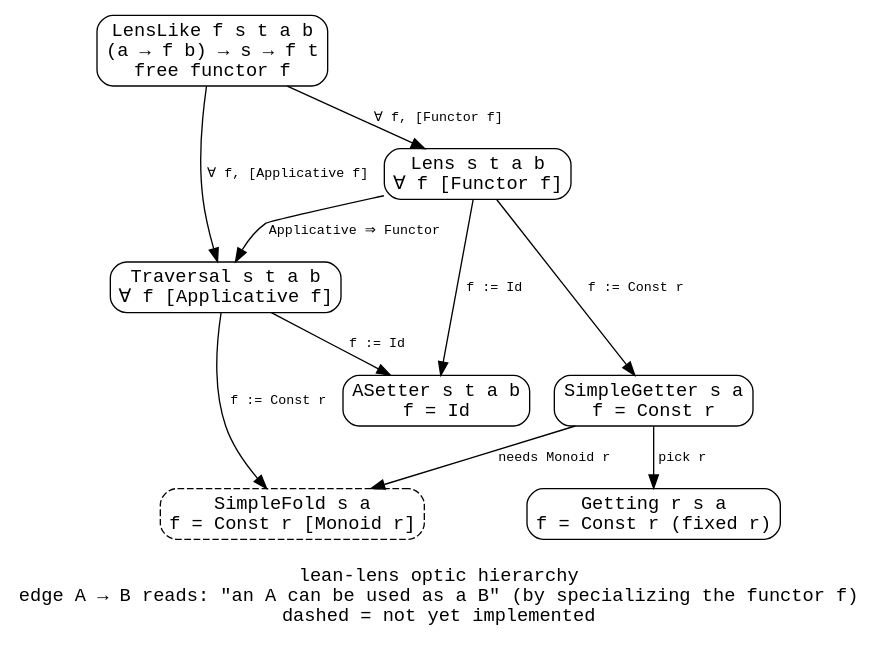
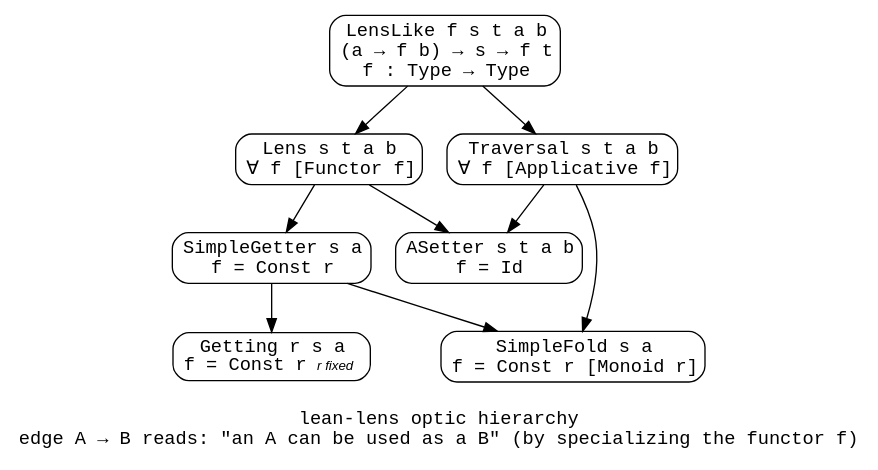
One commit to janmasrovira/lean-lens changed the diagram in diagram/hierarchy.dot. Above: the diagram before and after it, drawn with Graphviz. The commit also changed 3 other files, not shown here.

```diff
--- a/diagram/hierarchy.dot
+++ b/diagram/hierarchy.dot
@@ -1,33 +1,32 @@
 digraph LeanLensHierarchy {
   rankdir=TB;
   node [shape=box, fontname="monospace", style=rounded];
   edge [fontname="monospace", fontsize=10];
 
-  LensLike      [label="LensLike f s t a b\n(a → f b) → s → f t\nfree functor f"];
-  Lens          [label="Lens s t a b\n∀ f [Functor f]"];
-  Traversal     [label="Traversal s t a b\n∀ f [Applicative f]"];
-  SimpleGetter  [label="SimpleGetter s a\nf = Const r"];
-  ASetter       [label="ASetter s t a b\nf = Id"];
-  Getting       [label="Getting r s a\nf = Const r (fixed r)"];
-  SimpleFold    [label="SimpleFold s a\nf = Const r [Monoid r]", style="rounded,dashed"];
+  LensLike      [label=<LensLike f s t a b<BR/>(a → f b) → s → f t<BR/>f : Type → Type>];
+  Lens          [label=<Lens s t a b<BR/>∀ f [Functor f]>];
+  Traversal     [label=<Traversal s t a b<BR/>∀ f [Applicative f]>];
+  SimpleGetter  [label=<SimpleGetter s a<BR/>f = Const r>];
+  ASetter       [label=<ASetter s t a b<BR/>f = Id>];
+  Getting       [label=<Getting r s a<BR/>f = Const r <FONT FACE="Helvetica-Oblique" POINT-SIZE="10">r fixed</FONT>>];
+  SimpleFold    [label=<SimpleFold s a<BR/>f = Const r [Monoid r]>];
 
-  LensLike -> Lens      [label=" ∀ f, [Functor f]"];
-  LensLike -> Traversal [label=" ∀ f, [Applicative f]"];
+  LensLike -> Lens;
+  LensLike -> Traversal;
 
-  Lens -> Traversal    [label=" Applicative ⇒ Functor"];
-  Lens -> SimpleGetter [label=" f := Const r"];
-  Lens -> ASetter      [label=" f := Id"];
+  Lens -> SimpleGetter;
+  Lens -> ASetter;
 
-  Traversal -> ASetter    [label=" f := Id"];
-  Traversal -> SimpleFold [label=" f := Const r"];
+  Traversal -> ASetter;
+  Traversal -> SimpleFold;
 
-  SimpleGetter -> Getting    [label=" pick r"];
-  SimpleGetter -> SimpleFold [label=" needs Monoid r"];
+  SimpleGetter -> Getting;
+  SimpleGetter -> SimpleFold;
 
   { rank=same; ASetter; SimpleGetter; }
   { rank=same; Getting; SimpleFold; }
 
-  label="\nlean-lens optic hierarchy\nedge A → B reads: \"an A can be used as a B\" (by specializing the functor f)\ndashed = not yet implemented";
+  label="\nlean-lens optic hierarchy\nedge A → B reads: \"an A can be used as a B\" (by specializing the functor f)";
   labelloc="b";
   fontname="monospace";
 }
```
